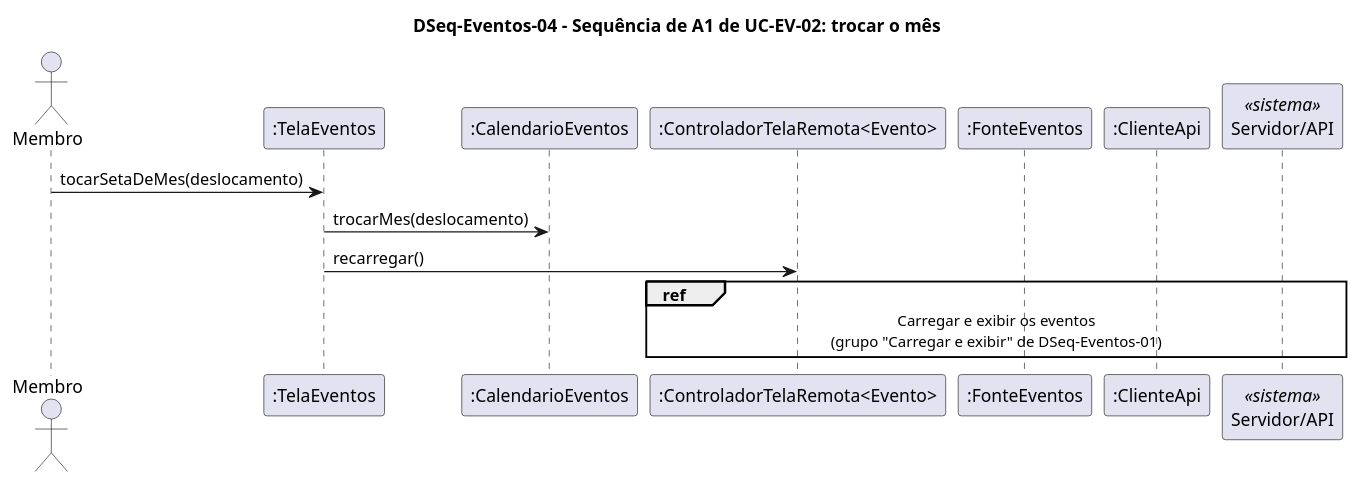
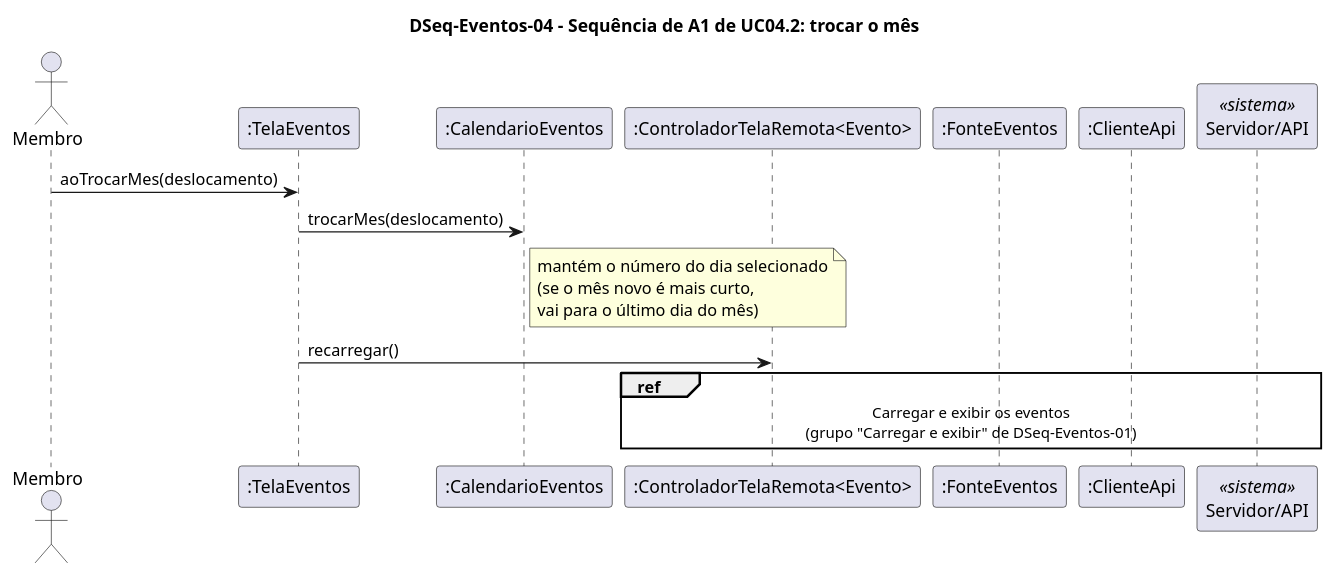
The diagram in Eventos/DSeq-Eventos-04.puml (joseduardogon/Minha_UFG_Grupo_Cinza), drawn with PlantUML before and after one commit. The commit also changed 131 other files, not shown here.

```diff
--- a/Eventos/DSeq-Eventos-04.puml
+++ b/Eventos/DSeq-Eventos-04.puml
@@ -1,15 +1,16 @@
 @startuml DSeq-Eventos-04
-title DSeq-Eventos-04 – Sequência de A1 de UC-EV-02: trocar o mês
+title DSeq-Eventos-04 – Sequência de A1 de UC04.2: trocar o mês
 actor "Membro" as M
 participant ":TelaEventos" as T
 participant ":CalendarioEventos" as C
 participant ":ControladorTelaRemota<Evento>" as K
 participant ":FonteEventos" as F
 participant ":ClienteApi" as A
 participant "Servidor/API" as S <<sistema>>
 
-M -> T : tocarSetaDeMes(deslocamento)
+M -> T : aoTrocarMes(deslocamento)
 T -> C : trocarMes(deslocamento)
+note right of C : mantém o número do dia selecionado\n(se o mês novo é mais curto,\nvai para o último dia do mês)
 T -> K : recarregar()
 ref over K, S : Carregar e exibir os eventos\n(grupo "Carregar e exibir" de DSeq-Eventos-01)
 @enduml
```
